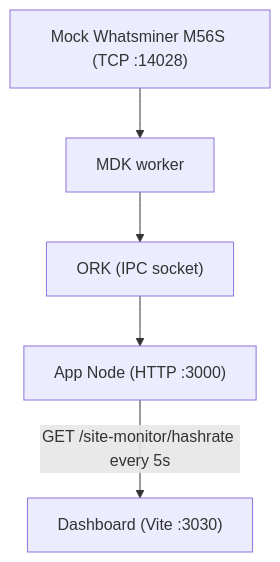
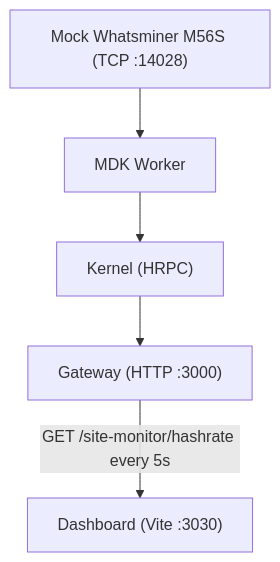
Before and after one commit to tetherto/mdk: the diagram in docs/tutorials/get-started/dashboard.md, drawn with Mermaid. The commit also changed other lines of this file and 4406 other files, not shown here.

````diff
--- a/docs/tutorials/get-started/dashboard.md
+++ b/docs/tutorials/get-started/dashboard.md
@@ -138,7 +137,7 @@
 ```mermaid
 flowchart TD
-  mock["Mock Whatsminer M56S (TCP :14028)"] --> worker["MDK worker"]
-  worker --> ork["ORK (IPC socket)"]
-  ork --> appnode["App Node (HTTP :3000)"]
-  appnode -->|"GET /site-monitor/hashrate every 5s"| ui["Dashboard (Vite :3030)"]
+  mock["Mock Whatsminer M56S (TCP :14028)"] --> worker["MDK Worker"]
+  worker --> kernel["Kernel (HRPC)"]
+  kernel --> gateway["Gateway (HTTP :3000)"]
+  gateway -->|"GET /site-monitor/hashrate every 5s"| ui["Dashboard (Vite :3030)"]
 ```
````
